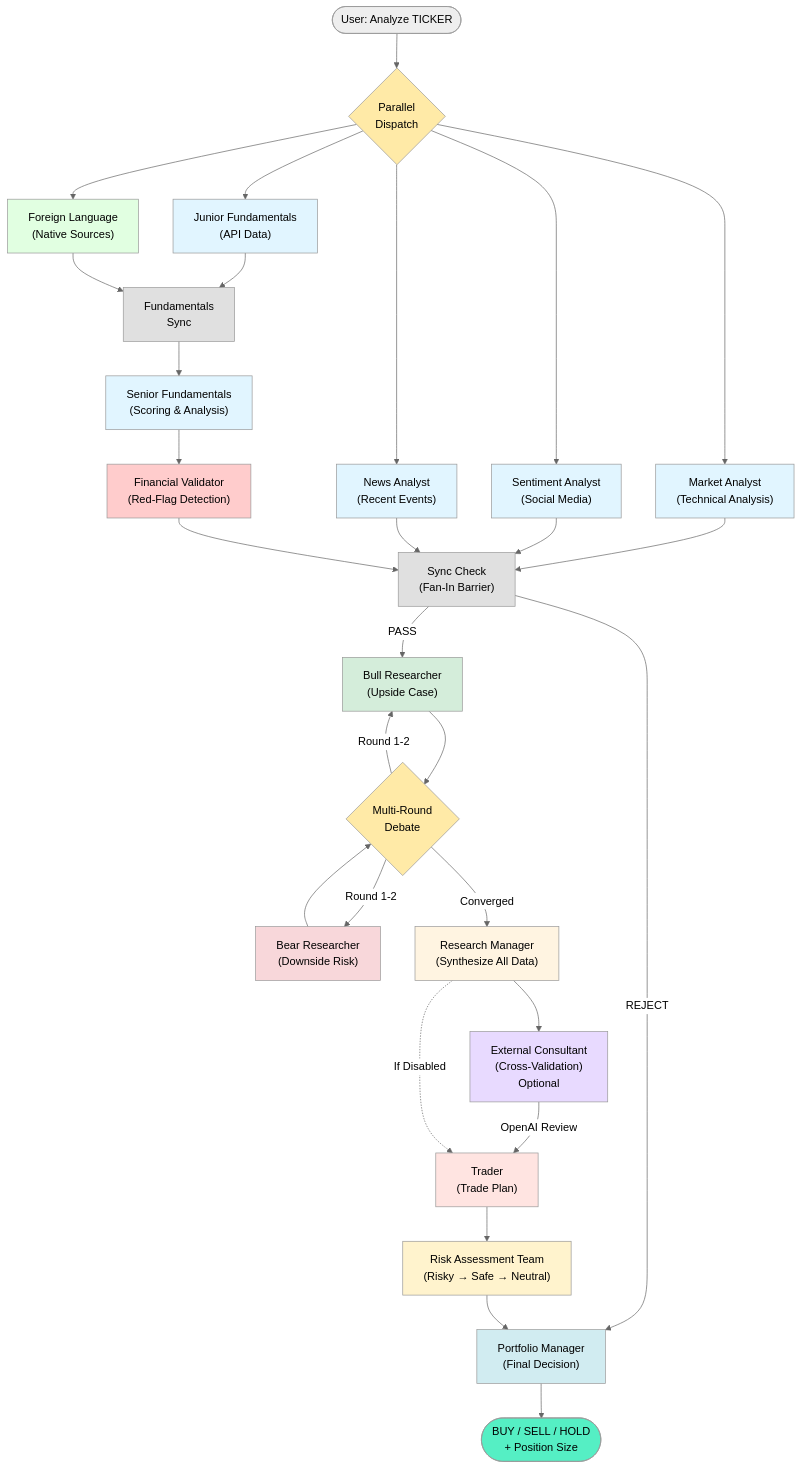
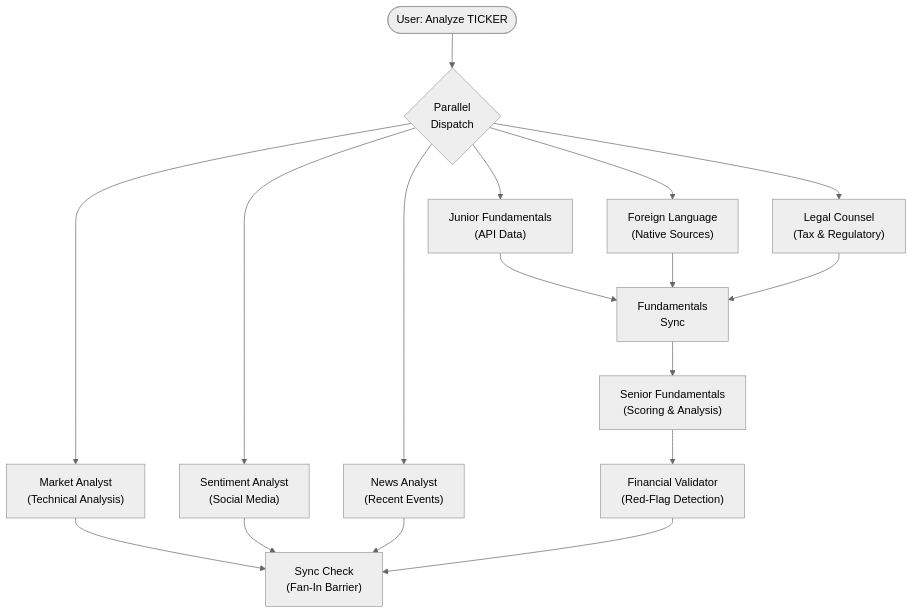
Before and after one commit to rgoerwit/ai-investment-agent: the diagram in README.md, drawn with Mermaid (neutral theme). The commit also changed other lines of this file and 54 other files, not shown here.

First line of the commit message:
Feature pydantic fast fail, legal counsel, built-in types (#19)

````diff
--- a/README.md
+++ b/README.md
@@ -40,65 +40,25 @@
 ```mermaid
 graph TB
     Start([User: Analyze TICKER]) --> Dispatcher{Parallel<br/>Dispatch}
 
-    %% Parallel Fan-Out: 5 branches run simultaneously
+    %% Parallel Fan-Out: 6 branches run simultaneously
     Dispatcher --> MarketAnalyst["Market Analyst<br/>(Technical Analysis)"]
     Dispatcher --> SentimentAnalyst["Sentiment Analyst<br/>(Social Media)"]
     Dispatcher --> NewsAnalyst["News Analyst<br/>(Recent Events)"]
     Dispatcher --> JuniorFund["Junior Fundamentals<br/>(API Data)"]
     Dispatcher --> ForeignLang["Foreign Language<br/>(Native Sources)"]
+    Dispatcher --> LegalCounsel["Legal Counsel<br/>(Tax & Regulatory)"]
 
     %% Market/Sentiment/News go directly to main Sync Check
     MarketAnalyst --> SyncCheck["Sync Check<br/>(Fan-In Barrier)"]
     SentimentAnalyst --> SyncCheck
     NewsAnalyst --> SyncCheck
 
-    %% Fundamentals sub-graph: Junior + Foreign sync first
+    %% Fundamentals sub-graph: Junior + Foreign + Legal sync first
     JuniorFund --> FundSync["Fundamentals<br/>Sync"]
     ForeignLang --> FundSync
+    LegalCounsel --> FundSync
     FundSync --> SeniorFund["Senior Fundamentals<br/>(Scoring & Analysis)"]
     SeniorFund --> Validator["Financial Validator<br/>(Red-Flag Detection)"]
     Validator --> SyncCheck
-
-    %% After all branches complete
-    SyncCheck -->|REJECT| PortfolioManager["Portfolio Manager<br/>(Final Decision)"]
-    SyncCheck -->|PASS| BullResearcher["Bull Researcher<br/>(Upside Case)"]
-
-    BullResearcher --> Debate{Multi-Round<br/>Debate}
-    BearResearcher["Bear Researcher<br/>(Downside Risk)"] --> Debate
-
-    Debate -->|Round 1-2| BullResearcher
-    Debate -->|Round 1-2| BearResearcher
-    Debate -->|Converged| ResearchManager["Research Manager<br/>(Synthesize All Data)"]
-
-    ResearchManager --> Consultant["External Consultant<br/>(Cross-Validation)<br/>Optional"]
-
-    Consultant -->|OpenAI Review| Trader["Trader<br/>(Trade Plan)"]
-    ResearchManager -.->|If Disabled| Trader
-
-    Trader --> RiskTeam["Risk Assessment Team<br/>(Risky → Safe → Neutral)"]
-
-    RiskTeam --> PortfolioManager
-
-    PortfolioManager --> Decision([BUY / SELL / HOLD<br/>+ Position Size])
-
-    style Dispatcher fill:#ffeaa7
-    style MarketAnalyst fill:#e1f5ff
-    style NewsAnalyst fill:#e1f5ff
-    style SentimentAnalyst fill:#e1f5ff
-    style JuniorFund fill:#e1f5ff
-    style ForeignLang fill:#e1ffe1
-    style FundSync fill:#e0e0e0
-    style SeniorFund fill:#e1f5ff
-    style Validator fill:#ffcccc
-    style SyncCheck fill:#e0e0e0
-    style ResearchManager fill:#fff4e1
-    style BullResearcher fill:#d4edda
-    style BearResearcher fill:#f8d7da
-    style Consultant fill:#e8daff
-    style Trader fill:#ffe4e1
-    style RiskTeam fill:#fff3cd
-    style PortfolioManager fill:#d1ecf1
-    style Debate fill:#ffeaa7
-    style Decision fill:#55efc4
 ```
````
